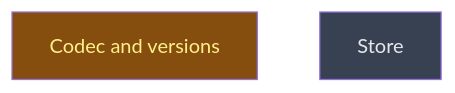
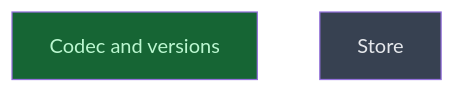
Before and after one commit to CrackingShells/cracking-shells-playbook: the diagram in __roadmap__/m1-core-foundation/settle/build/codec/README.md, drawn with Mermaid. The commit also changed other lines of this file and 1 other file, not shown here.

Commit message:
chore(roadmap): close the m1 codec and versions
Ticks the gates and records what the fix round added: duplicate keys
refused, a byte order mark accepted, legacy_id in the canonical order.

````diff
--- a/__roadmap__/m1-core-foundation/settle/build/codec/README.md
+++ b/__roadmap__/m1-core-foundation/settle/build/codec/README.md
@@ -19,10 +19,10 @@
 ```mermaid
 graph TD
-    codec_and_versions[Codec and versions]:::inprogress
+    codec_and_versions[Codec and versions]:::done
     store[Store]:::planned
     classDef done       fill:#166534,color:#bbf7d0
     classDef inprogress fill:#854d0e,color:#fef08a
     classDef planned    fill:#374151,color:#e5e7eb
     classDef amendment  fill:#1e3a5f,color:#bfdbfe
     classDef blocked    fill:#7f1d1d,color:#fecaca
 ```
````
